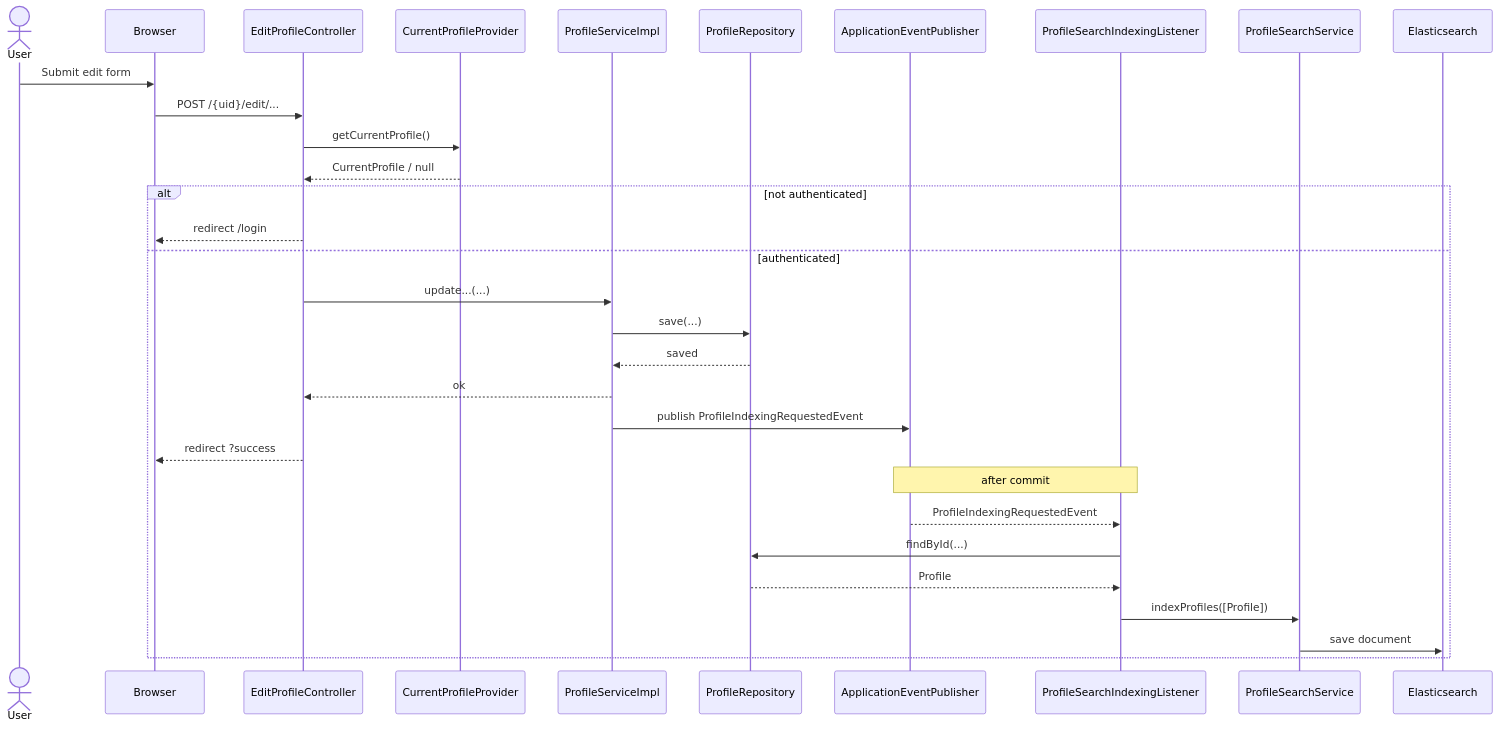
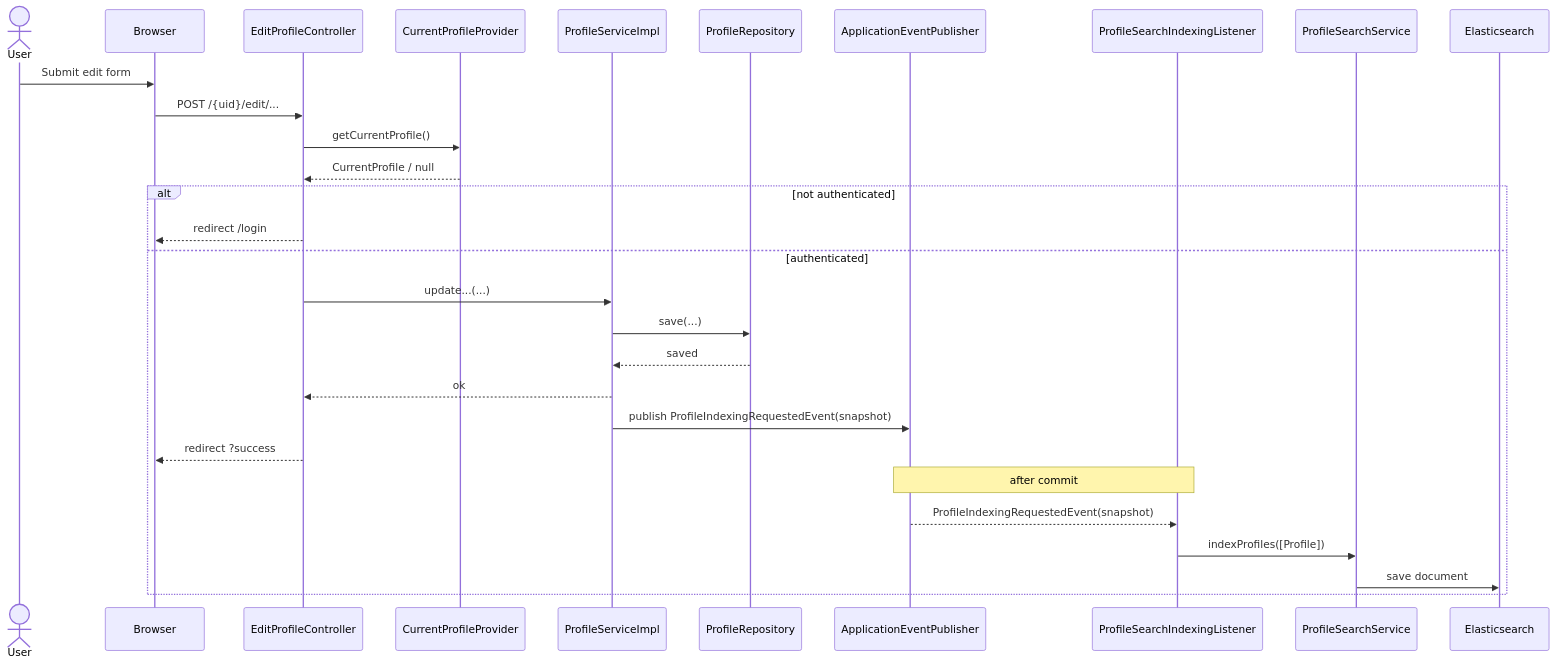
The first of 6 diagrams in ARCHITECTURE.md (olekraua/resume), drawn with Mermaid before and after one commit. The commit also changed other lines of this file, not shown here.

Commit message:
refactor: snapshot‑events für indexing und event‑driven media cleanup einführen

````diff
--- a/ARCHITECTURE.md
+++ b/ARCHITECTURE.md
@@ -19,34 +19,32 @@
 ```mermaid
 sequenceDiagram
     actor User
     participant Browser
     participant Ctrl as EditProfileController
     participant Auth as CurrentProfileProvider
     participant ProfileSvc as ProfileServiceImpl
     participant Repo as ProfileRepository
     participant Events as ApplicationEventPublisher
     participant Indexer as ProfileSearchIndexingListener
     participant SearchSvc as ProfileSearchService
     participant ES as Elasticsearch
 
     User->>Browser: Submit edit form
     Browser->>Ctrl: POST /{uid}/edit/...
     Ctrl->>Auth: getCurrentProfile()
     Auth-->>Ctrl: CurrentProfile / null
     alt not authenticated
         Ctrl-->>Browser: redirect /login
     else authenticated
         Ctrl->>ProfileSvc: update...(...)
         ProfileSvc->>Repo: save(...)
         Repo-->>ProfileSvc: saved
         ProfileSvc-->>Ctrl: ok
-        ProfileSvc->>Events: publish ProfileIndexingRequestedEvent
+        ProfileSvc->>Events: publish ProfileIndexingRequestedEvent(snapshot)
         Ctrl-->>Browser: redirect ?success
         Note over Events,Indexer: after commit
-        Events-->>Indexer: ProfileIndexingRequestedEvent
-        Indexer->>Repo: findById(...)
-        Repo-->>Indexer: Profile
+        Events-->>Indexer: ProfileIndexingRequestedEvent(snapshot)
         Indexer->>SearchSvc: indexProfiles([Profile])
         SearchSvc->>ES: save document
     end
 ```
````
